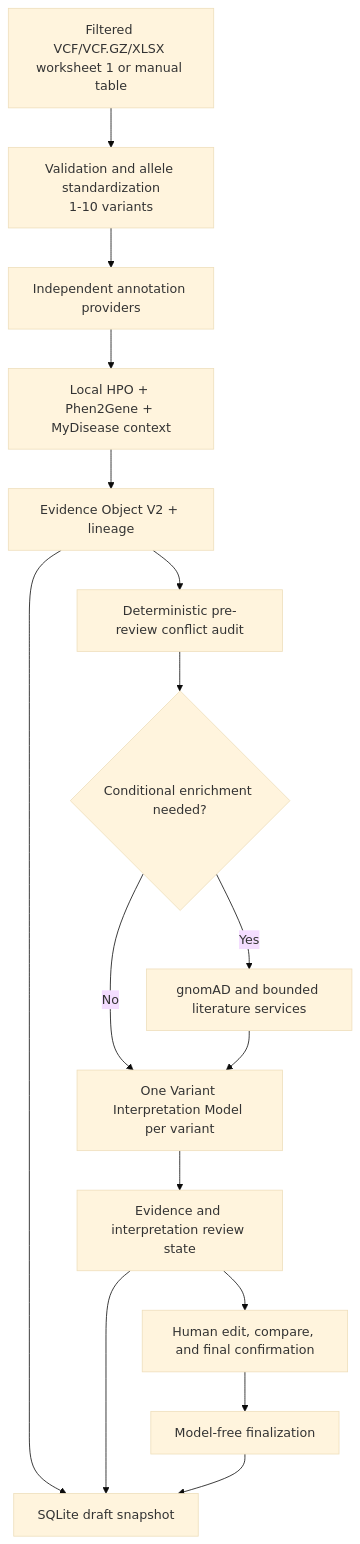
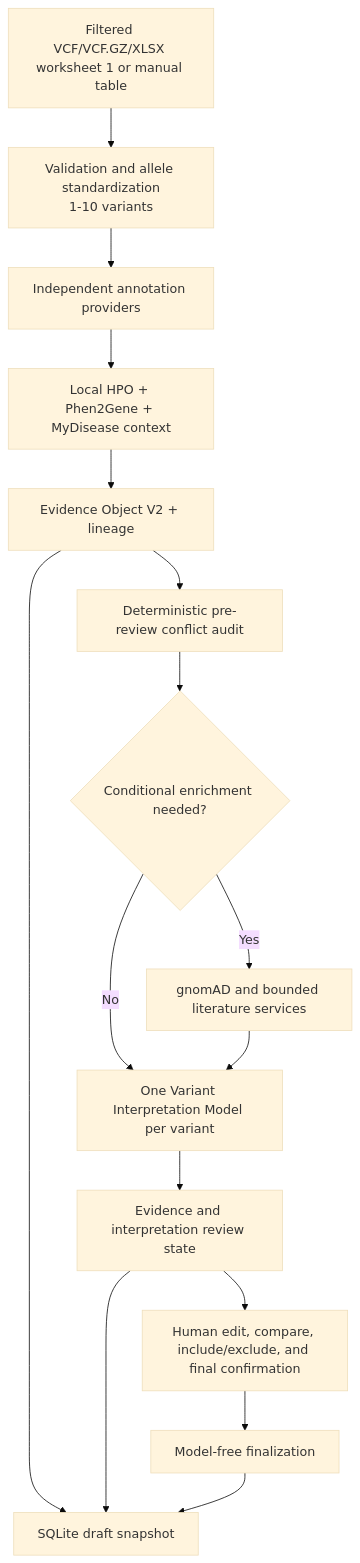
One commit to parhamKIY/CLINCAL_VARIANT_WEB_APPLICATION changed the second of 2 diagrams in docs/PROJECT_DECLARATION.md. Above: the diagram before and after it, drawn with Mermaid (base theme). The commit also changed other lines of this file and 6 other files, not shown here.

````diff
--- a/docs/PROJECT_DECLARATION.md
+++ b/docs/PROJECT_DECLARATION.md
@@ -294,18 +313,18 @@
 ```mermaid
 flowchart TD
     U["Filtered VCF/VCF.GZ/XLSX worksheet 1 or manual table"] --> V["Validation and allele standardization<br/>1-10 variants"]
     V --> A["Independent annotation providers"]
     A --> P["Local HPO + Phen2Gene + MyDisease context"]
     P --> E["Evidence Object V2 + lineage"]
     E --> C1["Deterministic pre-review conflict audit"]
     C1 --> CE{"Conditional enrichment needed?"}
     CE -- Yes --> X["gnomAD and bounded literature services"]
     CE -- No --> VI
     X --> VI["One Variant Interpretation Model per variant"]
     VI --> D["Evidence and interpretation review state"]
-    D --> H["Human edit, compare, and final confirmation"]
+    D --> H["Human edit, compare, include/exclude, and final confirmation"]
     H --> F["Model-free finalization"]
     E --> DB["SQLite draft snapshot"]
     D --> DB
     F --> DB
 ```
````
